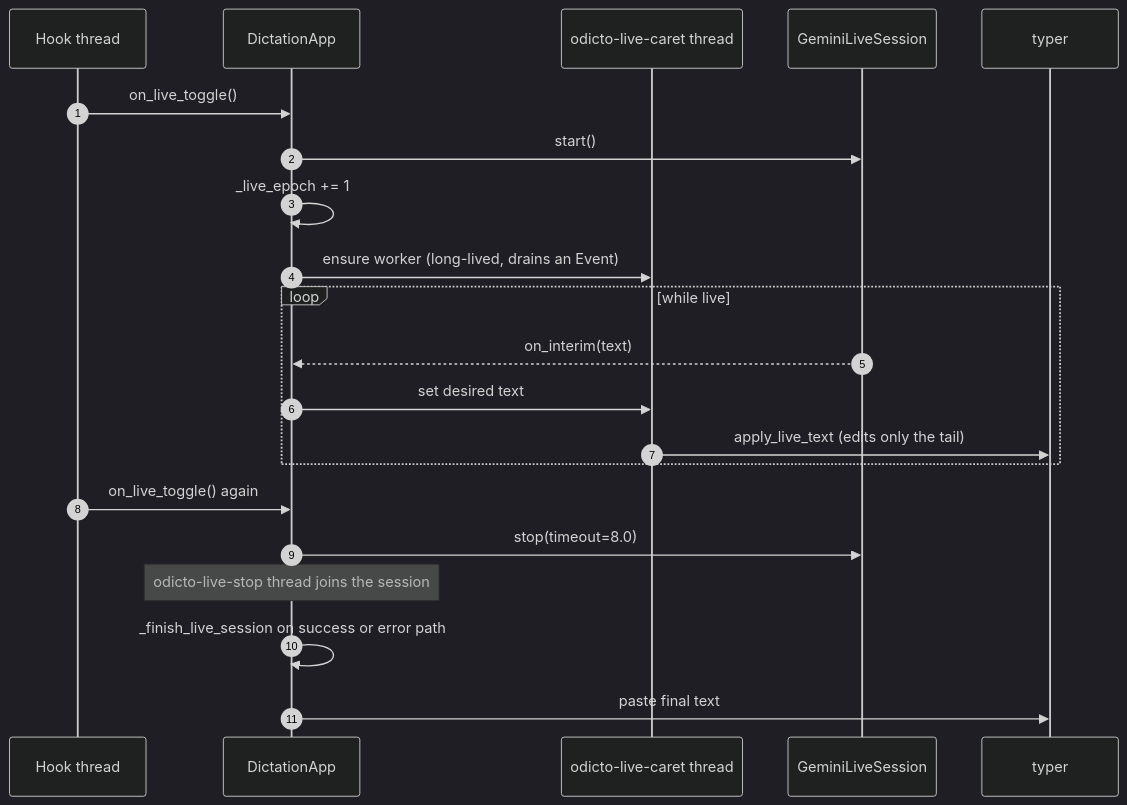
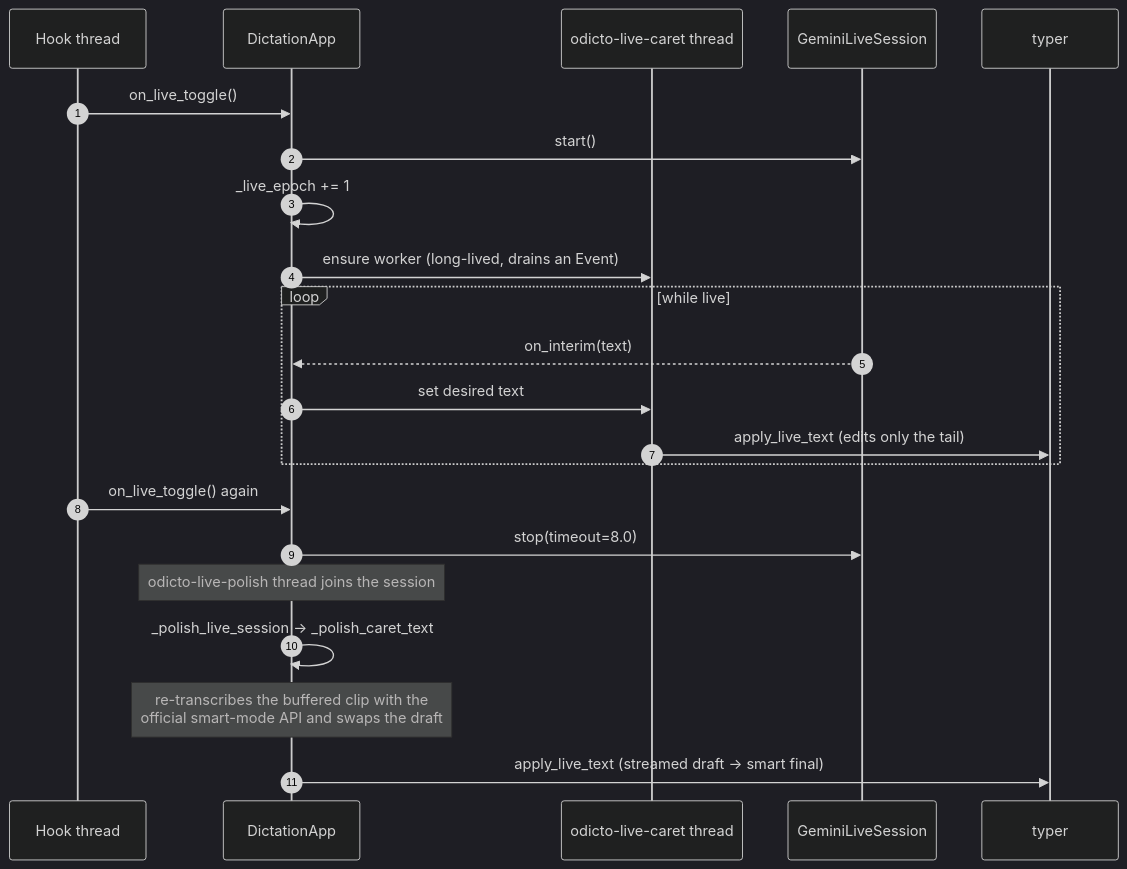
One commit to Gargeya-Grey/Odicto changed the fourth of 7 diagrams in docs/architecture.md. Above: the diagram before and after it, drawn with Mermaid (dark theme). The commit also changed other lines of this file and 6 other files, not shown here.

First line of the commit message:
feat: polish the F7 live draft with the official smart final (LIVE_POLISH)

````diff
--- a/docs/architecture.md
+++ b/docs/architecture.md
@@ -188,24 +188,25 @@
 ```mermaid
 sequenceDiagram
     autonumber
     participant Hook as Hook thread
     participant App as DictationApp
     participant Caret as odicto-live-caret thread
     participant Sess as GeminiLiveSession
     participant Typ as typer
 
     Hook->>App: on_live_toggle()
     App->>Sess: start()
     App->>App: _live_epoch += 1
     App->>Caret: ensure worker (long-lived, drains an Event)
     loop while live
         Sess-->>App: on_interim(text)
         App->>Caret: set desired text
         Caret->>Typ: apply_live_text (edits only the tail)
     end
     Hook->>App: on_live_toggle() again
     App->>Sess: stop(timeout=8.0)
-    Note over App: odicto-live-stop thread joins the session
-    App->>App: _finish_live_session on success or error path
-    App->>Typ: paste final text
+    Note over App: odicto-live-polish thread joins the session
+    App->>App: _polish_live_session -> _polish_caret_text
+    Note over App: re-transcribes the buffered clip with the<br/>official smart-mode API and swaps the draft
+    App->>Typ: apply_live_text (streamed draft -> smart final)
 ```
````
